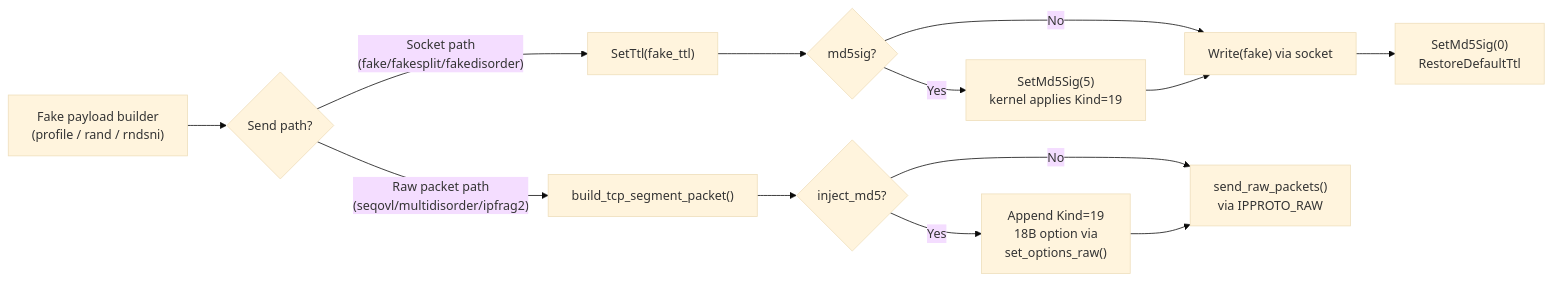
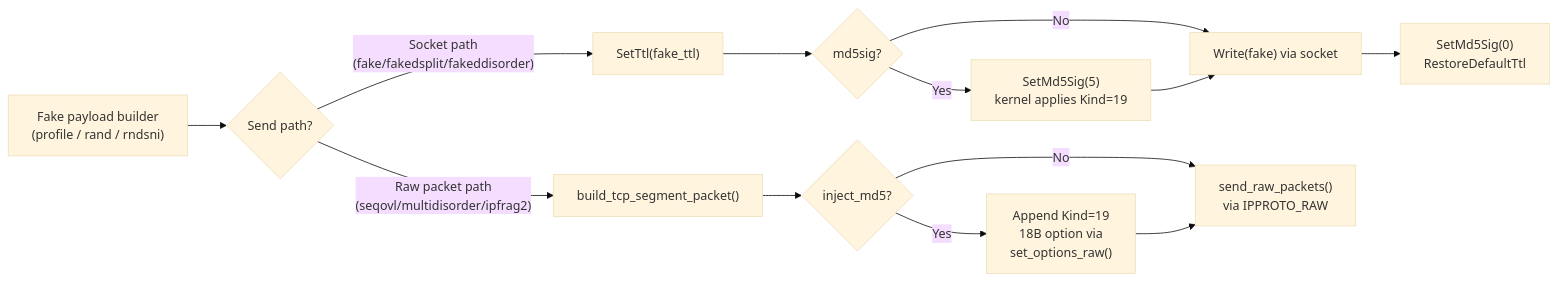
The third of 6 diagrams in docs/native/proxy-engine.md (po4yka/RIPDPI), drawn with Mermaid (base theme) before and after one commit. The commit also changed other lines of this file and 3 other files, not shown here.

````diff
--- a/docs/native/proxy-engine.md
+++ b/docs/native/proxy-engine.md
@@ -518,16 +520,16 @@
 ```mermaid
 flowchart LR
     FP["Fake payload builder\n(profile / rand / rndsni)"] --> SP{"Send path?"}
-    SP -- "Socket path\n(fake/fakesplit/fakedisorder)" --> S1["SetTtl(fake_ttl)"]
+    SP -- "Socket path\n(fake/fakedsplit/fakeddisorder)" --> S1["SetTtl(fake_ttl)"]
     S1 --> S2{"md5sig?"}
     S2 -- Yes --> S3["SetMd5Sig(5)\nkernel applies Kind=19"]
     S2 -- No --> S4["Write(fake) via socket"]
     S3 --> S4
     S4 --> S5["SetMd5Sig(0)\nRestoreDefaultTtl"]
 
     SP -- "Raw packet path\n(seqovl/multidisorder/ipfrag2)" --> R1["build_tcp_segment_packet()"]
     R1 --> R2{"inject_md5?"}
     R2 -- Yes --> R3["Append Kind=19\n18B option via\nset_options_raw()"]
     R2 -- No --> R4["send_raw_packets()\nvia IPPROTO_RAW"]
     R3 --> R4
 ```
````
